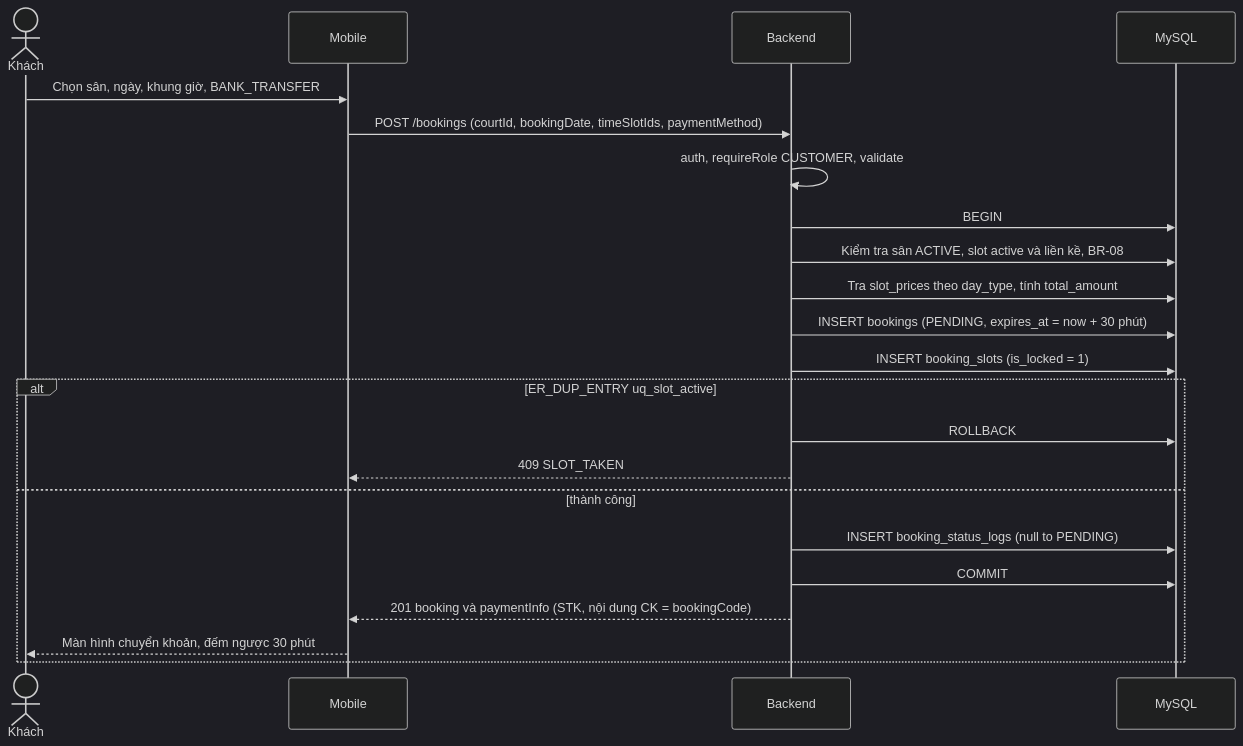
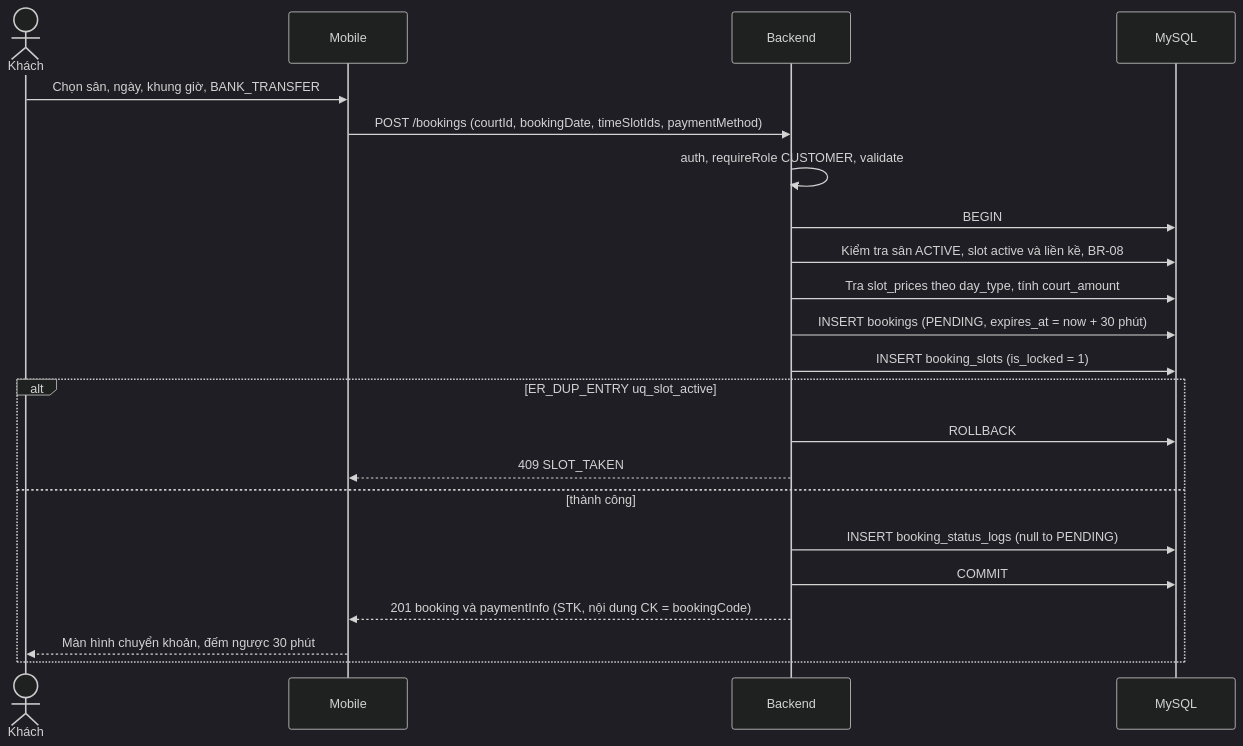
Before and after one commit to dinhdai132005-png/MobileDatLichSanTheThao: the eighth of 17 diagrams in Plant/02-uml-diagrams.md, drawn with Mermaid (dark theme). The commit also changed other lines of this file and 162 other files, not shown here.

````diff
--- a/Plant/02-uml-diagrams.md
+++ b/Plant/02-uml-diagrams.md
@@ -157,24 +204,24 @@
 ```mermaid
 sequenceDiagram
     actor K as Khách
     participant M as Mobile
     participant API as Backend
     participant DB as MySQL
     K->>M: Chọn sân, ngày, khung giờ, BANK_TRANSFER
     M->>API: POST /bookings (courtId, bookingDate, timeSlotIds, paymentMethod)
     API->>API: auth, requireRole CUSTOMER, validate
     API->>DB: BEGIN
     API->>DB: Kiểm tra sân ACTIVE, slot active và liền kề, BR-08
-    API->>DB: Tra slot_prices theo day_type, tính total_amount
+    API->>DB: Tra slot_prices theo day_type, tính court_amount
     API->>DB: INSERT bookings (PENDING, expires_at = now + 30 phút)
     API->>DB: INSERT booking_slots (is_locked = 1)
     alt ER_DUP_ENTRY uq_slot_active
         API->>DB: ROLLBACK
         API-->>M: 409 SLOT_TAKEN
     else thành công
         API->>DB: INSERT booking_status_logs (null to PENDING)
         API->>DB: COMMIT
         API-->>M: 201 booking và paymentInfo (STK, nội dung CK = bookingCode)
         M-->>K: Màn hình chuyển khoản, đếm ngược 30 phút
     end
 ```
````
